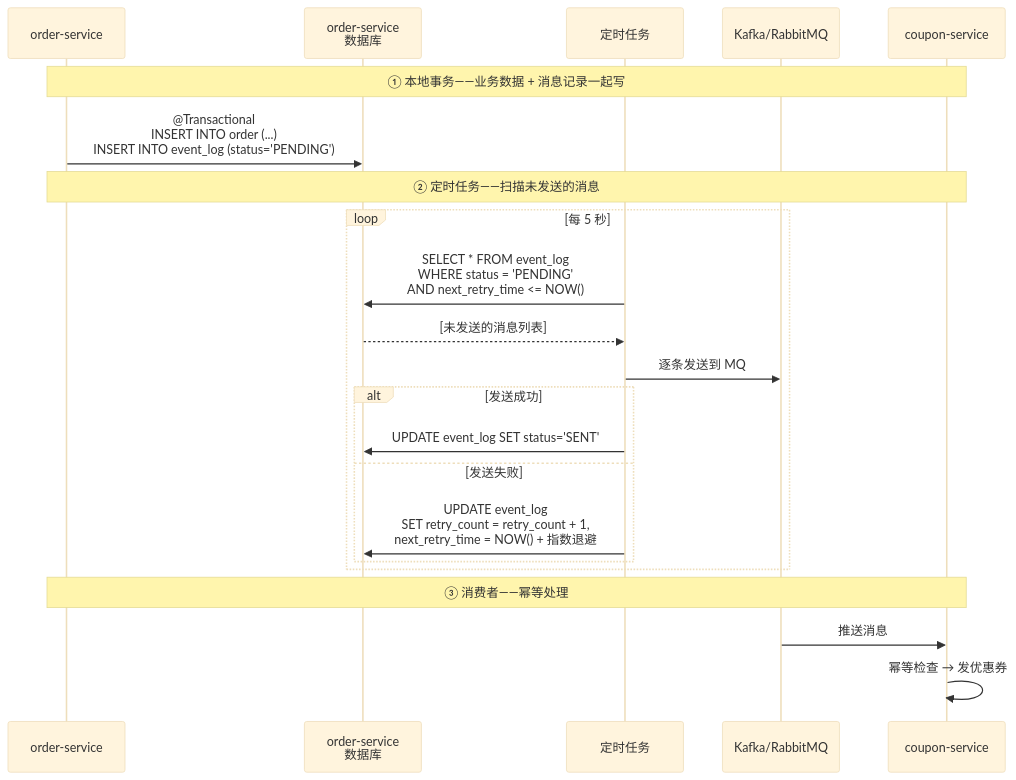
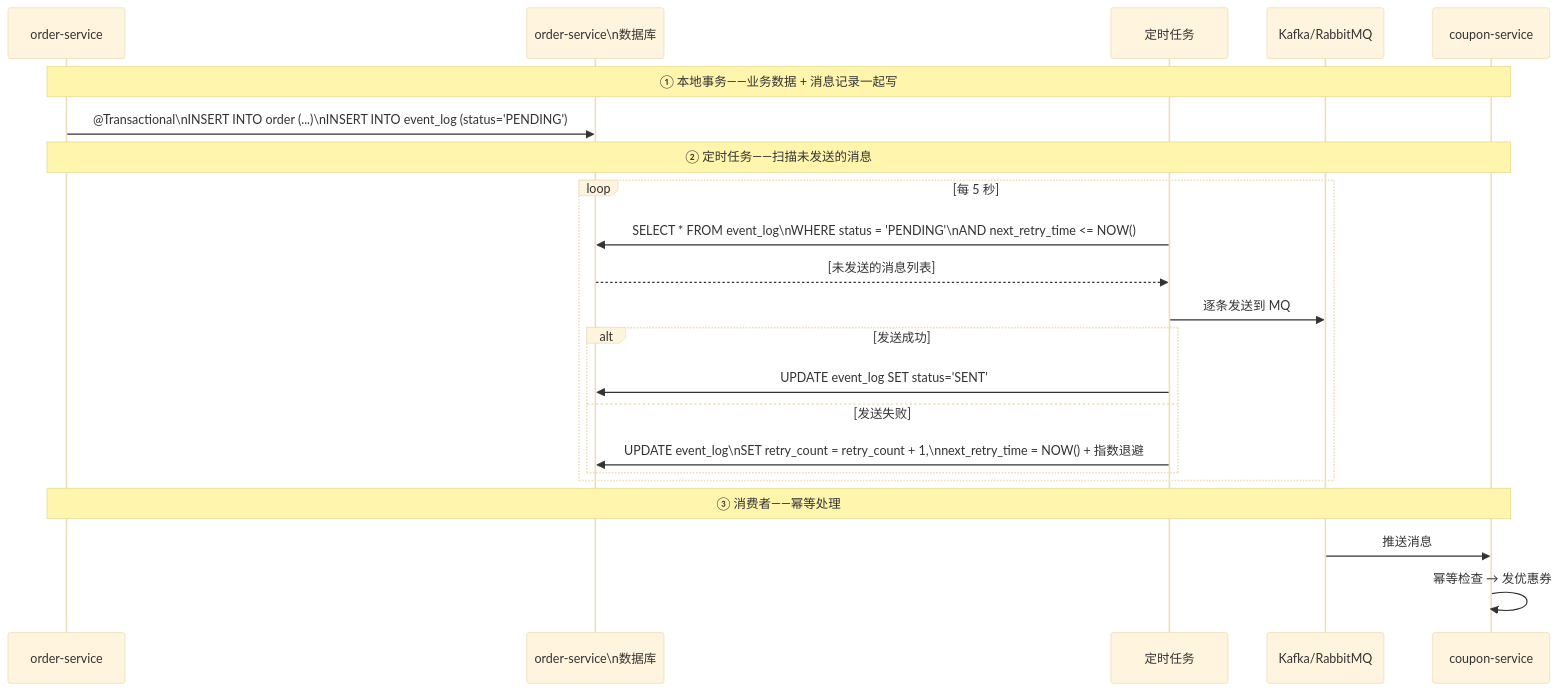
One commit to yaocat55/yaocat55.github.io changed the second of 2 diagrams in content/posts/distributed-transaction/DtMessageAndProduction.md. Above: the diagram before and after it, drawn with Mermaid (base theme). The commit also changed other lines of this file and 155 other files, not shown here.

````diff
--- a/content/posts/distributed-transaction/DtMessageAndProduction.md
+++ b/content/posts/distributed-transaction/DtMessageAndProduction.md
@@ -491,27 +493,27 @@
 ```mermaid
 sequenceDiagram
     participant OS as order-service
-    participant DB as order-service<br/>数据库
+    participant DB as order-service\n数据库
     participant Job as 定时任务
     participant MQ as Kafka/RabbitMQ
     participant CS as coupon-service
 
     Note over OS,CS: ① 本地事务——业务数据 + 消息记录一起写
-    OS->>DB: @Transactional<br/>INSERT INTO order (...)<br/>INSERT INTO event_log (status='PENDING')
+    OS->>DB: @Transactional\nINSERT INTO order (...)\nINSERT INTO event_log (status='PENDING')
 
     Note over OS,CS: ② 定时任务——扫描未发送的消息
     loop 每 5 秒
-        Job->>DB: SELECT * FROM event_log<br/>WHERE status = 'PENDING'<br/>AND next_retry_time <= NOW()
+        Job->>DB: SELECT * FROM event_log\nWHERE status = 'PENDING'\nAND next_retry_time <= NOW()
         DB-->>Job: [未发送的消息列表]
         Job->>MQ: 逐条发送到 MQ
         alt 发送成功
             Job->>DB: UPDATE event_log SET status='SENT'
         else 发送失败
-            Job->>DB: UPDATE event_log<br/>SET retry_count = retry_count + 1,<br/>next_retry_time = NOW() + 指数退避
+            Job->>DB: UPDATE event_log\nSET retry_count = retry_count + 1,\nnext_retry_time = NOW() + 指数退避
         end
     end
 
     Note over OS,CS: ③ 消费者——幂等处理
     MQ->>CS: 推送消息
     CS->>CS: 幂等检查 → 发优惠券
 ```
````
